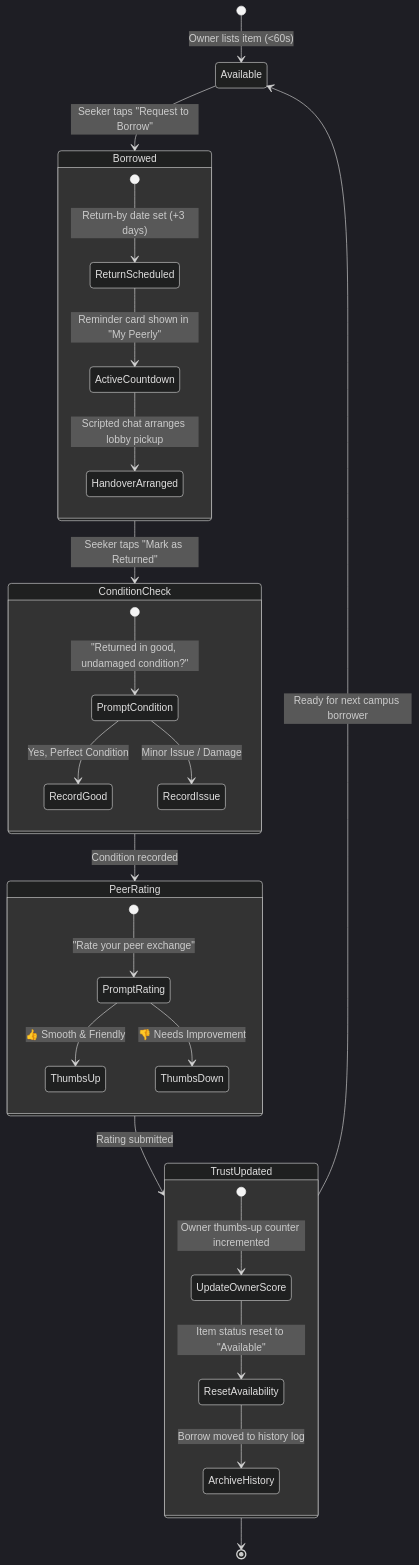
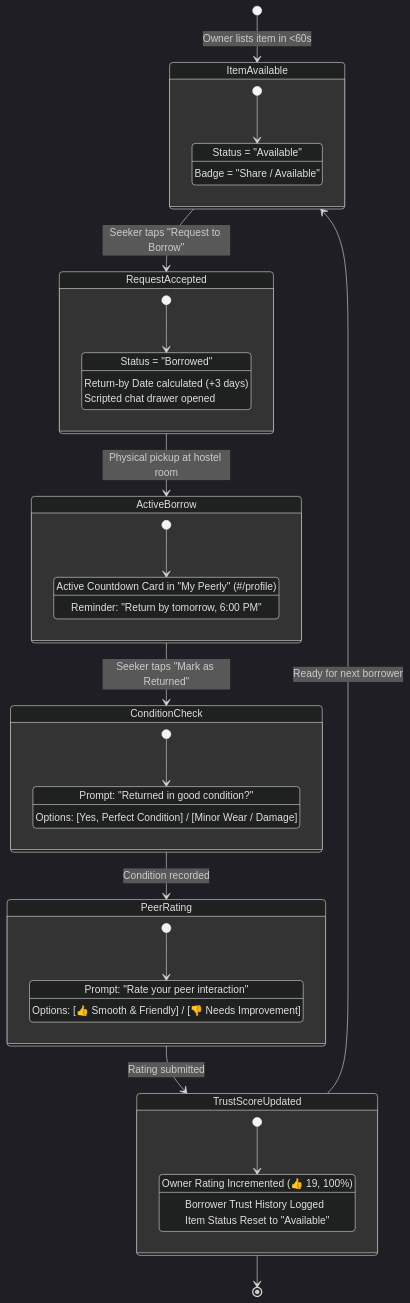
The fourth of 7 diagrams in README.md (pavitrapoojary/peerly), drawn with Mermaid (dark theme) before and after one commit. The commit also changed other lines of this file and 21 other files, not shown here.

````diff
--- a/README.md
+++ b/README.md
@@ -205,38 +213,55 @@
 ```mermaid
 stateDiagram-v2
-    [*] --> Available: Owner lists item (<60s)
-    Available --> Borrowed: Seeker taps "Request to Borrow"
+    [*] --> ItemAvailable : Owner lists item in <60s
     
-    state Borrowed {
-        [*] --> ReturnScheduled: Return-by date set (+3 days)
-        ReturnScheduled --> ActiveCountdown: Reminder card shown in "My Peerly"
-        ActiveCountdown --> HandoverArranged: Scripted chat arranges lobby pickup
+    state ItemAvailable {
+        [*] --> FeedVisible
+        FeedVisible : Status = "Available"
+        FeedVisible : Badge = "Share / Available"
     }
 
-    Borrowed --> ConditionCheck: Seeker taps "Mark as Returned"
+    ItemAvailable --> RequestAccepted : Seeker taps "Request to Borrow"
+    
+    state RequestAccepted {
+        [*] --> SetReturnDate
+        SetReturnDate : Status = "Borrowed"
+        SetReturnDate : Return-by Date calculated (+3 days)
+        SetReturnDate : Scripted chat drawer opened
+    }
+
+    RequestAccepted --> ActiveBorrow : Physical pickup at hostel room
+    
+    state ActiveBorrow {
+        [*] --> ActiveTimer
+        ActiveTimer : Active Countdown Card in "My Peerly" (#/profile)
+        ActiveTimer : Reminder: "Return by tomorrow, 6:00 PM"
+    }
+
+    ActiveBorrow --> ConditionCheck : Seeker taps "Mark as Returned"
     
     state ConditionCheck {
-        [*] --> PromptCondition: "Returned in good, undamaged condition?"
-        PromptCondition --> RecordGood: Yes, Perfect Condition
-        PromptCondition --> RecordIssue: Minor Issue / Damage
+        [*] --> InspectItem
+        InspectItem : Prompt: "Returned in good condition?"
+        InspectItem : Options: [Yes, Perfect Condition] / [Minor Wear / Damage]
     }
 
-    ConditionCheck --> PeerRating: Condition recorded
+    ConditionCheck --> PeerRating : Condition recorded
     
     state PeerRating {
-        [*] --> PromptRating: "Rate your peer exchange"
-        PromptRating --> ThumbsUp: 👍 Smooth & Friendly
-        PromptRating --> ThumbsDown: 👎 Needs Improvement
+        [*] --> RateExperience
+        RateExperience : Prompt: "Rate your peer interaction"
+        RateExperience : Options: [👍 Smooth & Friendly] / [👎 Needs Improvement]
     }
 
-    PeerRating --> TrustUpdated: Rating submitted
+    PeerRating --> TrustScoreUpdated : Rating submitted
     
-    state TrustUpdated {
-        [*] --> UpdateOwnerScore: Owner thumbs-up counter incremented
-        UpdateOwnerScore --> ResetAvailability: Item status reset to "Available"
-        ResetAvailability --> ArchiveHistory: Borrow moved to history log
+    state TrustScoreUpdated {
+        [*] --> BumpScores
+        BumpScores : Owner Rating Incremented (👍 19, 100%)
+        BumpScores : Borrower Trust History Logged
+        BumpScores : Item Status Reset to "Available"
     }
 
-    TrustUpdated --> Available: Ready for next campus borrower
-    TrustUpdated --> [*]
+    TrustScoreUpdated --> ItemAvailable : Ready for next borrower
+    TrustScoreUpdated --> [*]
 ```
````
